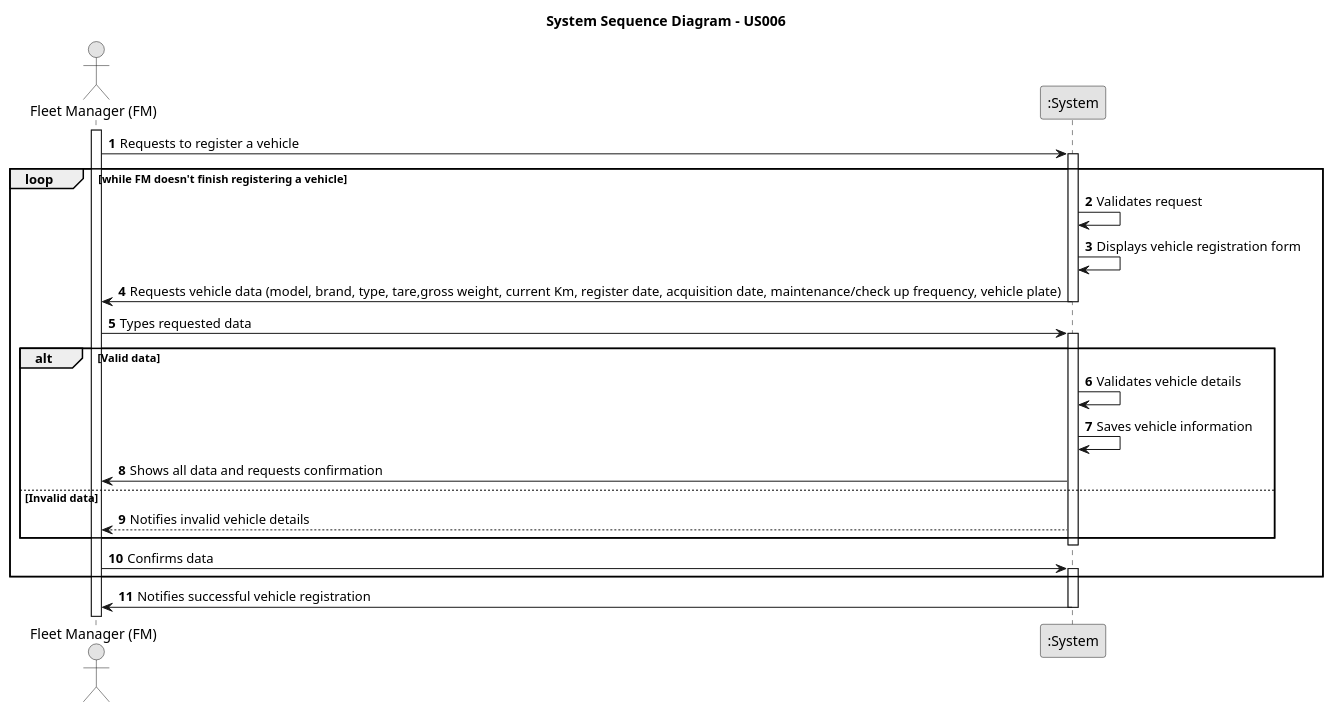
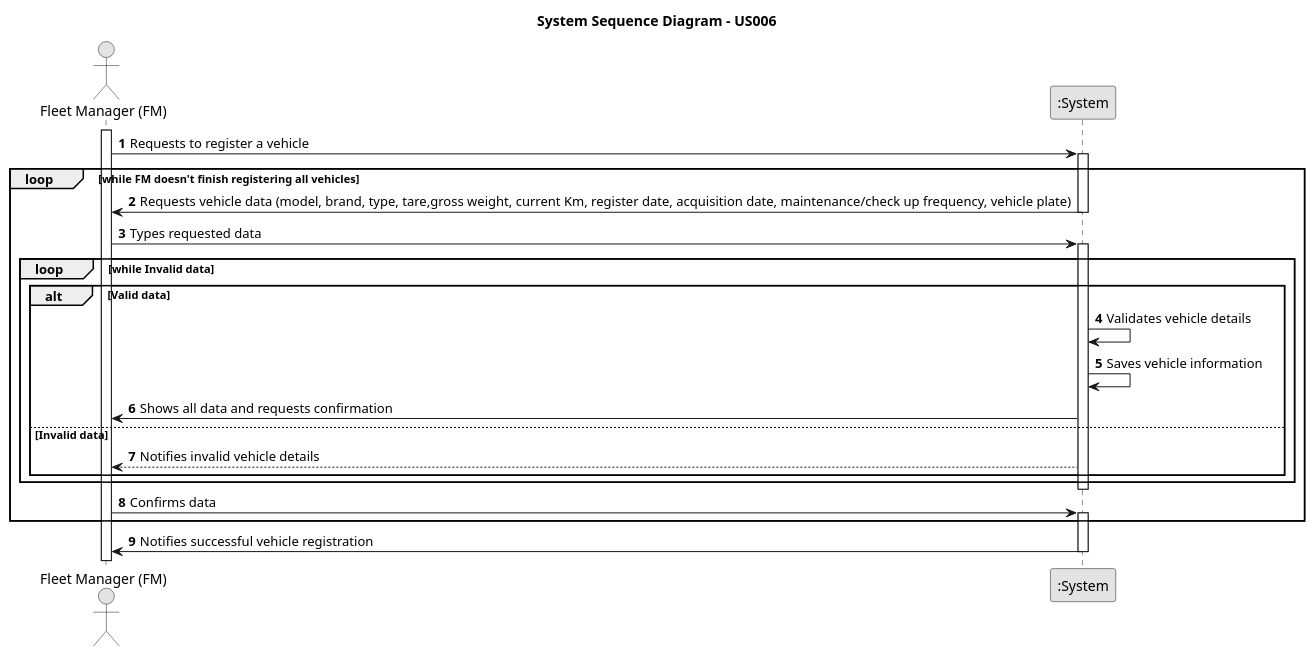
The diagram in docs/sprintB/us006/01.requirements-engineering/puml/us006-system-sequence-diagram-alternative-one.puml (RicardoMorim/lapr2-ISEP-Project), drawn with PlantUML before and after one commit.

Commit message:
Made some changes on the SSD US06

```diff
--- a/docs/sprintB/us006/01.requirements-engineering/puml/us006-system-sequence-diagram-alternative-one.puml
+++ b/docs/sprintB/us006/01.requirements-engineering/puml/us006-system-sequence-diagram-alternative-one.puml
@@ -1,38 +1,38 @@
 @startuml
 skinparam monochrome true
 skinparam packageStyle rectangle
 skinparam shadowing false
 
 actor "Fleet Manager (FM)" as FM
 participant ":System" as System
 autonumber
 
 title System Sequence Diagram - US006
 activate FM
 
 FM -> System : Requests to register a vehicle
-loop while FM doesn't finish registering a vehicle
+loop while FM doesn't finish registering all vehicles
 activate System
 
-System -> System: Validates request
-    System -> System: Displays vehicle registration form
     System -> FM : Requests vehicle data (model, brand, type, tare,gross weight, current Km, register date, acquisition date, maintenance/check up frequency, vehicle plate)
 
 deactivate System
     FM -> System : Types requested data
     activate System
+loop while Invalid data
 alt Valid data
 System -> System: Validates vehicle details
     System -> System: Saves vehicle information
     System -> FM : Shows all data and requests confirmation
 else Invalid data
 System --> FM: Notifies invalid vehicle details
+end
 end
 deactivate System
     FM -> System : Confirms data
     activate System
 end
     System -> FM: Notifies successful vehicle registration
 deactivate System
 
 @enduml
```
